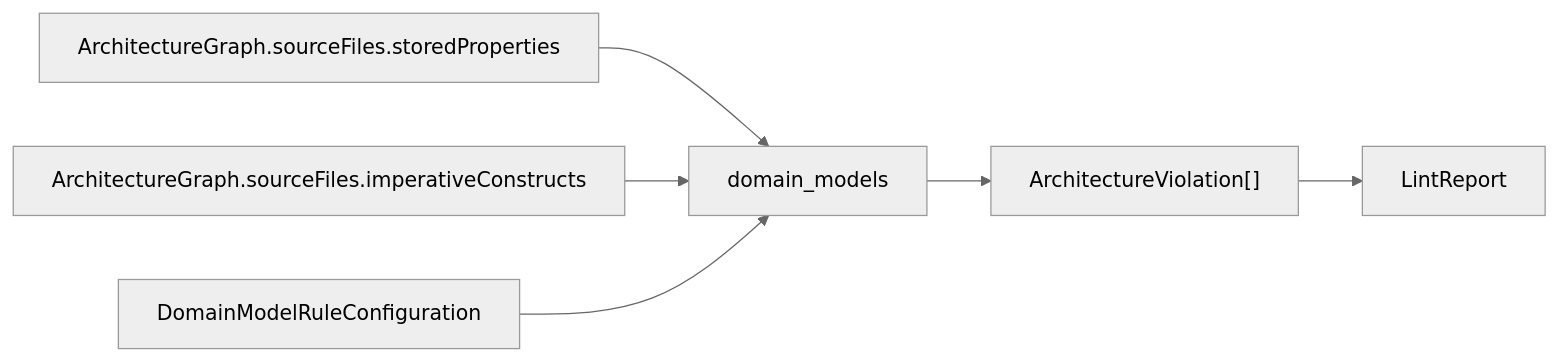
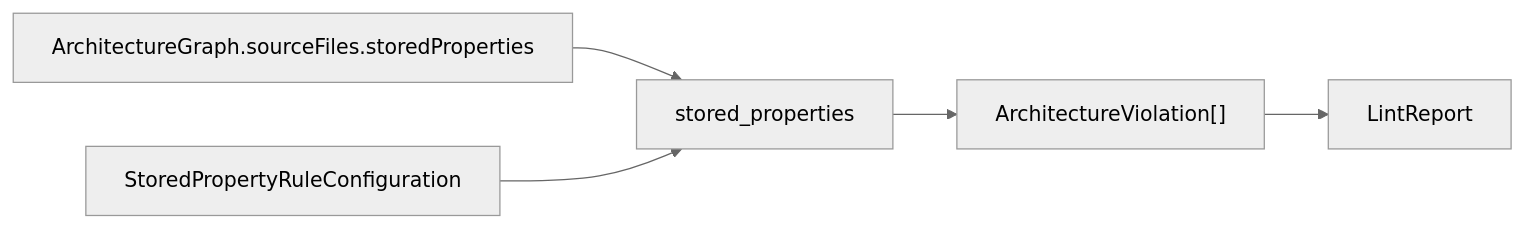
Before and after one commit to RoyalPineapple/BumperBowling: the sixth of 7 diagrams in docs/ARCHITECTURE_SNAPSHOT.md, drawn with Mermaid (neutral theme). The commit also changed other lines of this file and 14 other files, not shown here.

````diff
--- a/docs/ARCHITECTURE_SNAPSHOT.md
+++ b/docs/ARCHITECTURE_SNAPSHOT.md
@@ -84,8 +84,7 @@
 ```mermaid
 flowchart LR
-    Properties["ArchitectureGraph.sourceFiles.storedProperties"] --> DomainModels["domain_models"]
-    Imperative["ArchitectureGraph.sourceFiles.imperativeConstructs"] --> DomainModels
-    Policy["DomainModelRuleConfiguration"] --> DomainModels
-    DomainModels --> Findings["ArchitectureViolation[]"]
+    Properties["ArchitectureGraph.sourceFiles.storedProperties"] --> StoredProperties["stored_properties"]
+    Policy["StoredPropertyRuleConfiguration"] --> StoredProperties
+    StoredProperties --> Findings["ArchitectureViolation[]"]
     Findings --> Report["LintReport"]
 ```
````
